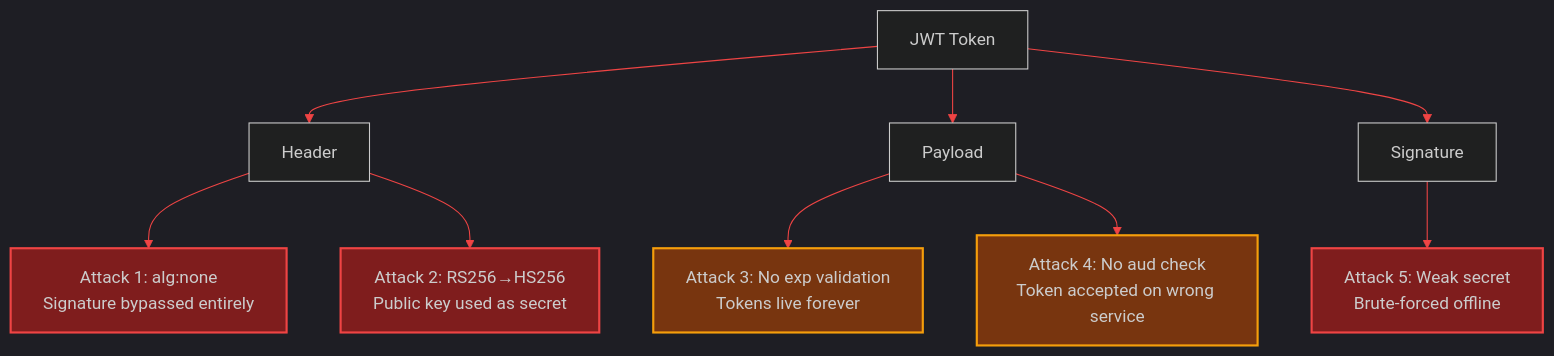
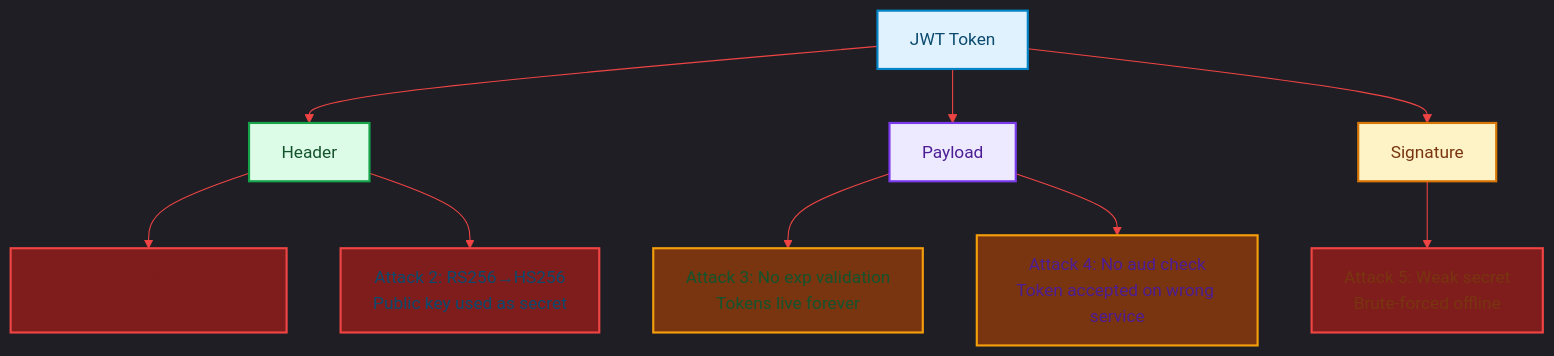
Before and after one commit to akmalkhaniub/akmalkhaniub.github.io: the diagram in blog/posts/jwt-security-what-they-dont-teach-you.md, drawn with Mermaid. The commit also changed other lines of this file and 1291 other files, not shown here.

First line of the commit message:
feat(catalog): unique covers, scholarly references, and diagram palettes

````diff
--- a/blog/posts/jwt-security-what-they-dont-teach-you.md
+++ b/blog/posts/jwt-security-what-they-dont-teach-you.md
@@ -13,19 +13,30 @@
 ```mermaid
 %%{init: {'theme': 'dark', 'themeVariables': { 'primaryColor': '#ef4444', 'primaryTextColor': '#f3f4f6', 'primaryBorderColor': '#f87171', 'lineColor': '#ef4444', 'secondaryColor': '#111827', 'tertiaryColor': '#0f172a'}}}%%
 flowchart TD
-    T[JWT Token] --> H[Header]
-    T --> P[Payload]
-    T --> S[Signature]
+    T["JWT Token"] --> H["Header"]
+    T --> P["Payload"]
+    T --> S["Signature"]
 
-    H --> A1[ Attack 1: alg:none<br/>Signature bypassed entirely]
-    H --> A2[ Attack 2: RS256→HS256<br/>Public key used as secret]
-    P --> A3[ Attack 3: No exp validation<br/>Tokens live forever]
-    P --> A4[ Attack 4: No aud check<br/>Token accepted on wrong service]
-    S --> A5[ Attack 5: Weak secret<br/>Brute-forced offline]
+    H --> A1[" Attack 1: alg:none<br/>Signature bypassed entirely"]
+    H --> A2[" Attack 2: RS256→HS256<br/>Public key used as secret"]
+    P --> A3[" Attack 3: No exp validation<br/>Tokens live forever"]
+    P --> A4[" Attack 4: No aud check<br/>Token accepted on wrong service"]
+    S --> A5[" Attack 5: Weak secret<br/>Brute-forced offline"]
 
     style A1 fill:#7f1d1d,stroke:#ef4444,stroke-width:2px
     style A2 fill:#7f1d1d,stroke:#ef4444,stroke-width:2px
     style A3 fill:#78350f,stroke:#f59e0b,stroke-width:2px
     style A4 fill:#78350f,stroke:#f59e0b,stroke-width:2px
     style A5 fill:#7f1d1d,stroke:#ef4444,stroke-width:2px
+
+classDef green fill:#dcfce7,stroke:#16a34a,stroke-width:2px,color:#14532d;
+classDef red fill:#fee2e2,stroke:#dc2626,stroke-width:2px,color:#7f1d1d;
+classDef blue fill:#e0f2fe,stroke:#0284c7,stroke-width:2px,color:#0c4a6e;
+classDef yellow fill:#fef3c7,stroke:#d97706,stroke-width:2px,color:#78350f;
+classDef purple fill:#ede9fe,stroke:#7c3aed,stroke-width:2px,color:#4c1d95;
+class T,A2 blue
+class H,A3 green
+class P,A4 purple
+class S,A5 yellow
+class A1 red
 ```
````
